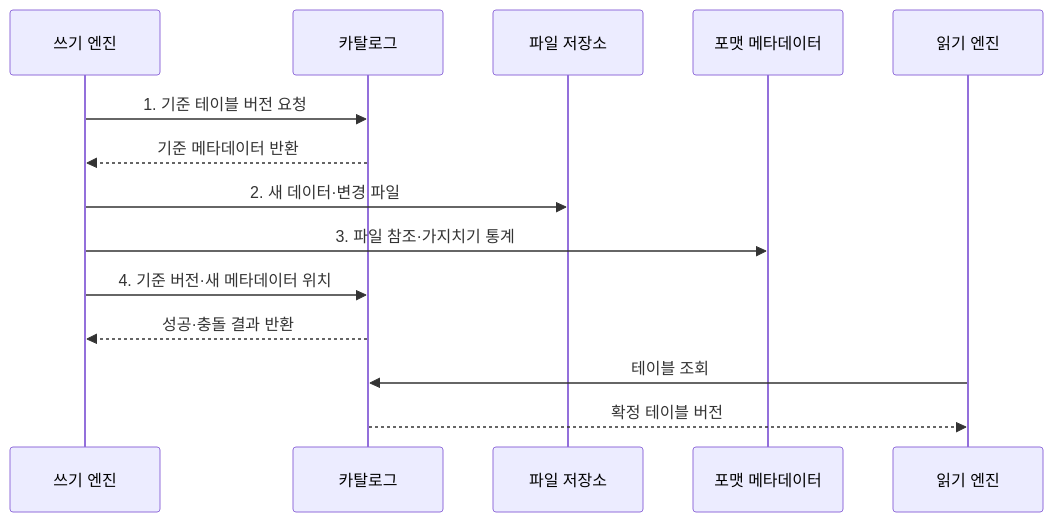
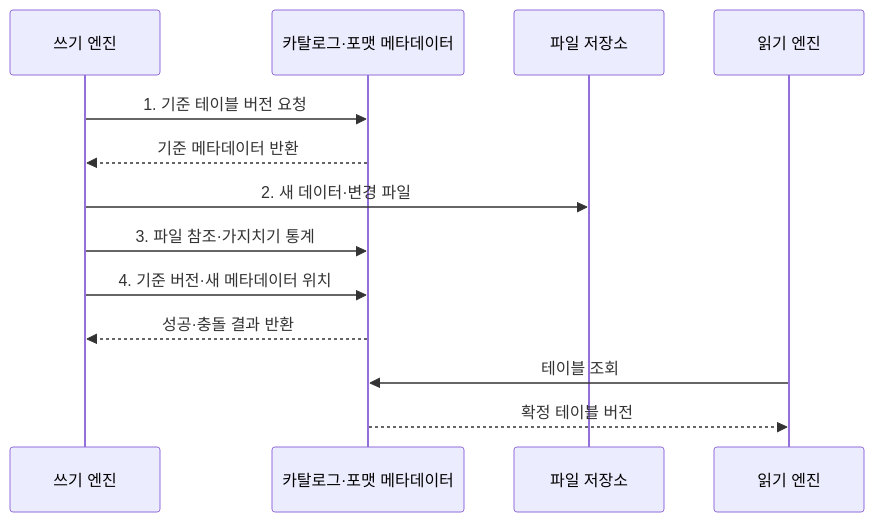
The second of 2 diagrams in src/content/docs/notes/03-software/129_open_table_format.md (agnusdei1207/knowledge-base), drawn with Mermaid before and after one commit. The commit also changed 9 other files, not shown here.

Commit message:
Trim data engineering diagram actors

````diff
--- a/src/content/docs/notes/03-software/129_open_table_format.md
+++ b/src/content/docs/notes/03-software/129_open_table_format.md
@@ -102,16 +102,15 @@
 ```mermaid
 sequenceDiagram
     participant W as 쓰기 엔진
-    participant C as 카탈로그
+    participant C as 카탈로그·포맷 메타데이터
     participant D as 파일 저장소
-    participant M as 포맷 메타데이터
     participant R as 읽기 엔진
     W->>C: 1. 기준 테이블 버전 요청
     C-->>W: 기준 메타데이터 반환
     W->>D: 2. 새 데이터·변경 파일
-    W->>M: 3. 파일 참조·가지치기 통계
+    W->>C: 3. 파일 참조·가지치기 통계
     W->>C: 4. 기준 버전·새 메타데이터 위치
     C-->>W: 성공·충돌 결과 반환
     R->>C: 테이블 조회
     C-->>R: 확정 테이블 버전
 ```
````
